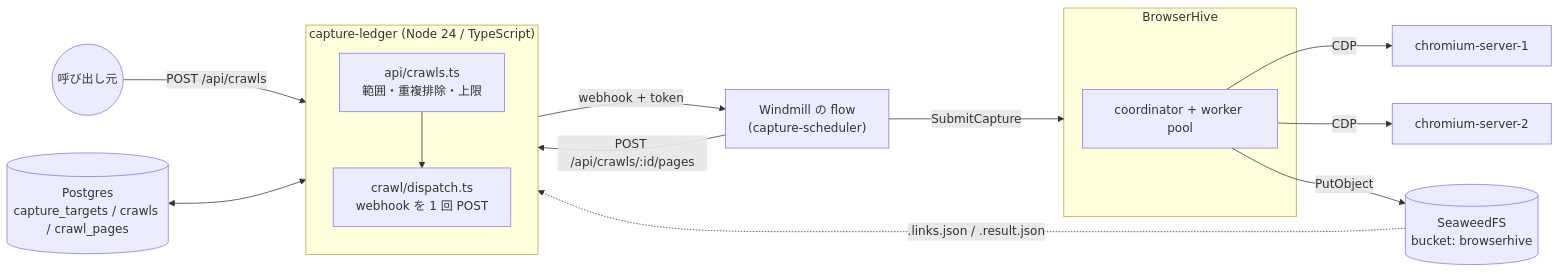
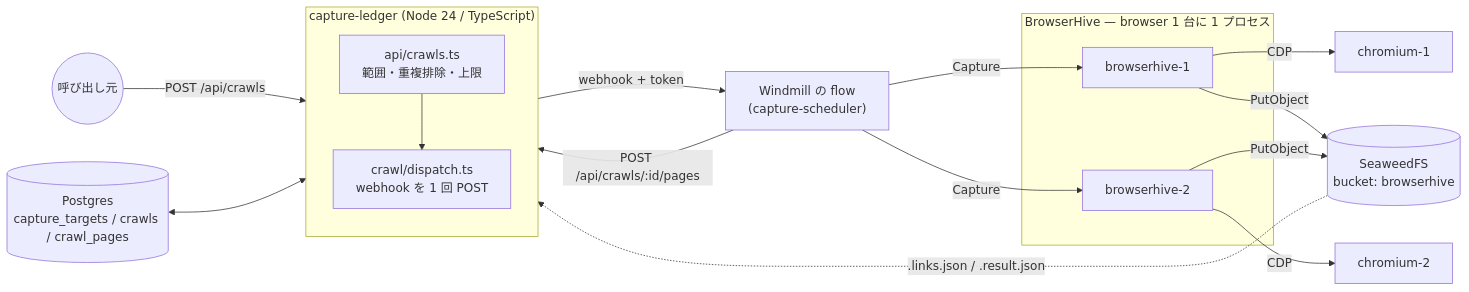
One commit to uraitakahito/waggle changed the first of 2 diagrams in docs-site/src/content/docs/ja/architecture.mdx. Above: the diagram before and after it, drawn with Mermaid. The commit also changed other lines of this file and 20 other files, not shown here.

First line of the commit message:
feat: BrowserHive v9.0.0 —— browser 1 台に endpoint 1 つ (browserhive-1 / -2)

````diff
--- a/docs-site/src/content/docs/ja/architecture.mdx
+++ b/docs-site/src/content/docs/ja/architecture.mdx
@@ -8,21 +8,24 @@
 ```mermaid
 flowchart LR
   U((呼び出し元)) -->|"POST /api/crawls"| W
   PG[("Postgres<br/>capture_targets / crawls / crawl_pages")] <--> W
   subgraph W["capture-ledger (Node 24 / TypeScript)"]
     direction TB
     API["api/crawls.ts<br/>範囲・重複排除・上限"]
     DIS["crawl/dispatch.ts<br/>webhook を 1 回 POST"]
     API --> DIS
   end
   DIS -->|"webhook + token"| WM["Windmill の flow<br/>(capture-scheduler)"]
-  WM -->|SubmitCapture| BH
-  subgraph BH["BrowserHive"]
-    COORD[coordinator + worker pool]
+  WM -->|Capture| BH1
+  WM -->|Capture| BH2
+  subgraph BH["BrowserHive — browser 1 台に 1 プロセス"]
+    BH1[browserhive-1]
+    BH2[browserhive-2]
   end
-  COORD -->|CDP| C1[chromium-server-1]
-  COORD -->|CDP| C2[chromium-server-2]
-  COORD -->|PutObject| S3[(SeaweedFS<br/>bucket: browserhive)]
+  BH1 -->|CDP| C1[chromium-1]
+  BH2 -->|CDP| C2[chromium-2]
+  BH1 -->|PutObject| S3[(SeaweedFS<br/>bucket: browserhive)]
+  BH2 -->|PutObject| S3
   WM -->|"POST /api/crawls/:id/pages"| API
   S3 -.->|".links.json / .result.json"| API
 ```
````
